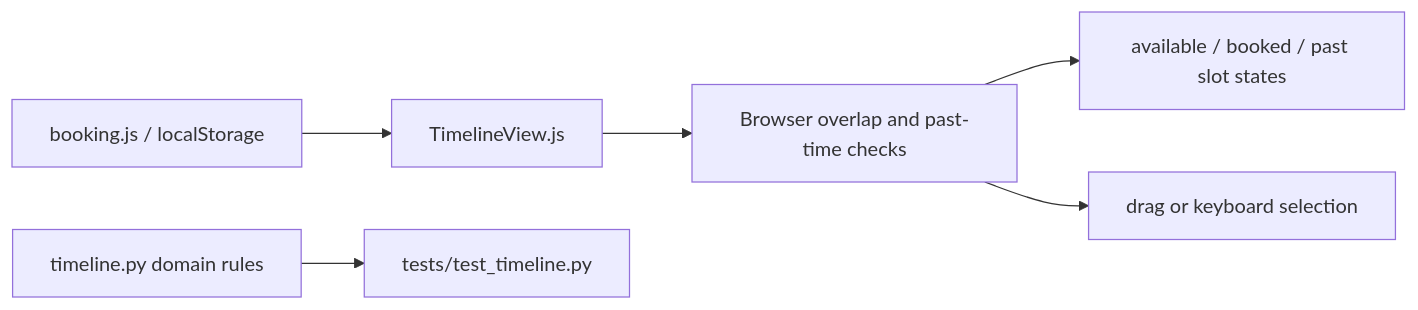
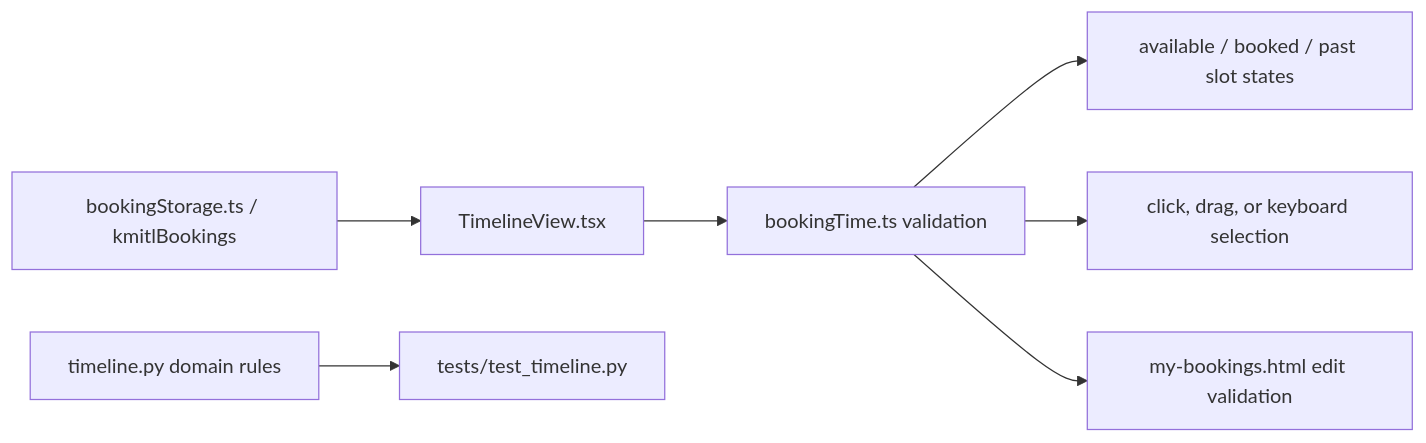
The second of 3 diagrams in ARCHITECTURE.md (Pootanapat/meetra-booking), drawn with Mermaid before and after one commit. The commit also changed other lines of this file and 19 other files, not shown here.

First line of the commit message:
feat: add interactive booking timeline

````diff
--- a/ARCHITECTURE.md
+++ b/ARCHITECTURE.md
@@ -39,8 +55,9 @@
 ```mermaid
 flowchart LR
-    BookingData["booking.js / localStorage"] --> Timeline["TimelineView.js"]
-    Timeline --> BrowserRules["Browser overlap and past-time checks"]
-    BrowserRules --> Colors["available / booked / past slot states"]
-    BrowserRules --> Selection["drag or keyboard selection"]
-    PythonRules["timeline.py domain rules"] --> PythonTests["tests/test_timeline.py"]
+BookingData["bookingStorage.ts / kmitlBookings"] --> Timeline["TimelineView.tsx"]
+Timeline --> BrowserRules["bookingTime.ts validation"]
+BrowserRules --> Colors["available / booked / past slot states"]
+BrowserRules --> Selection["click, drag, or keyboard selection"]
+BrowserRules --> Edit["my-bookings.html edit validation"]
+PythonRules["timeline.py domain rules"] --> PythonTests["tests/test_timeline.py"]
 ```
````
